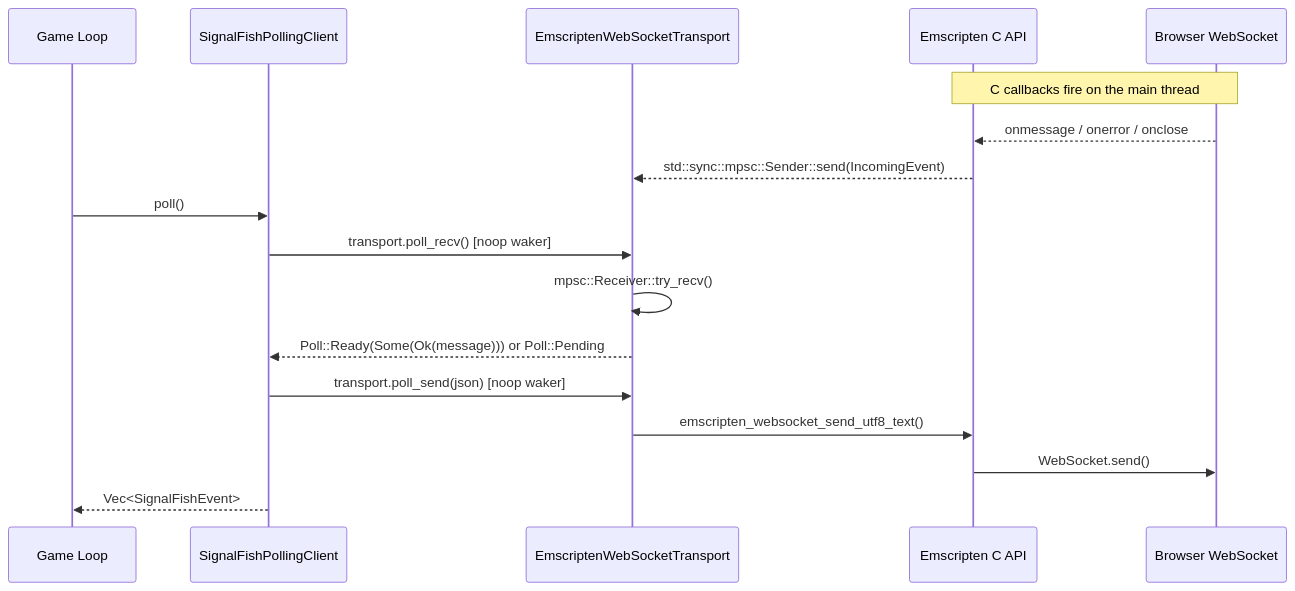
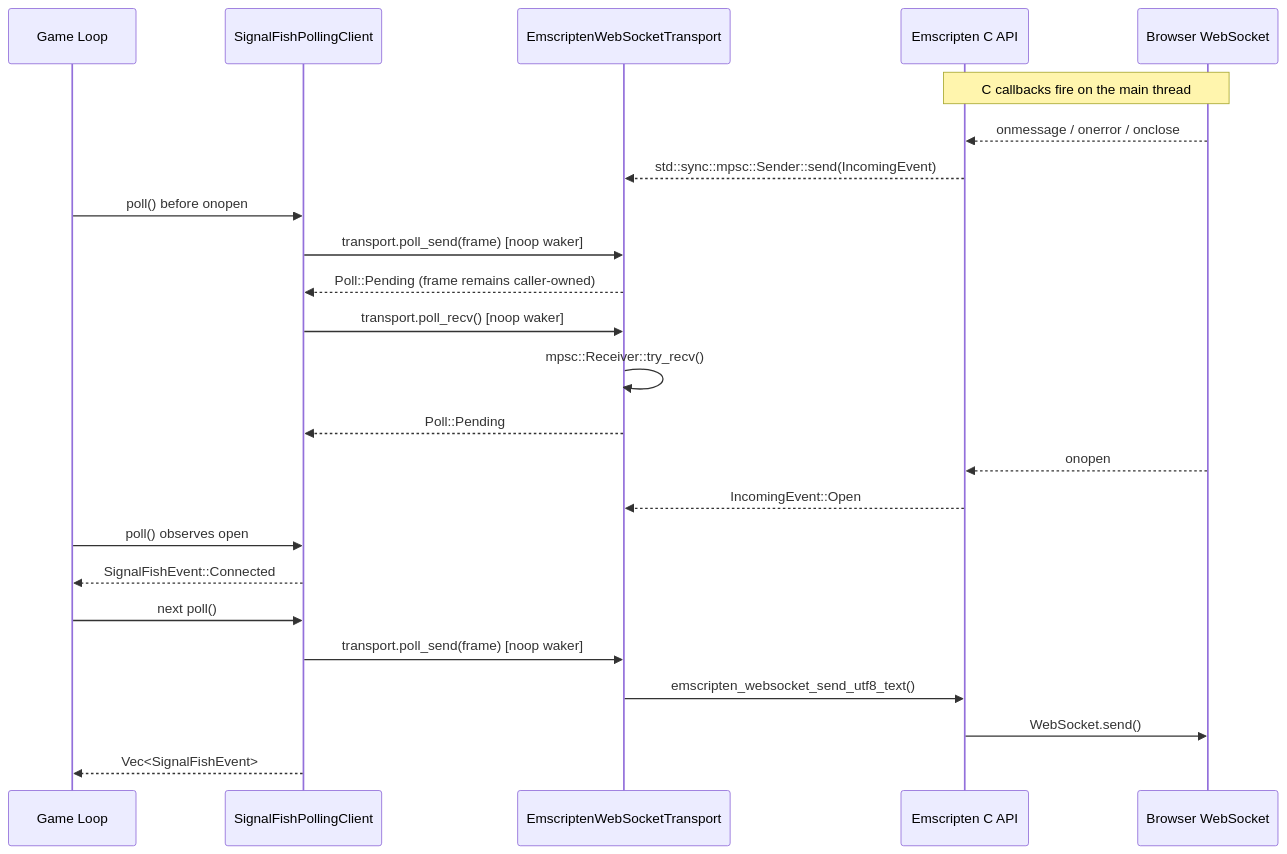
The second of 4 diagrams in docs/wasm.md (Ambiguous-Interactive/signal-fish-client-rust), drawn with Mermaid before and after one commit. The commit also changed other lines of this file and 30 other files, not shown here.

````diff
--- a/docs/wasm.md
+++ b/docs/wasm.md
@@ -175,21 +182,28 @@
 ```mermaid
 sequenceDiagram
     participant App as Game Loop
     participant PC as SignalFishPollingClient
     participant T as EmscriptenWebSocketTransport
     participant EM as Emscripten C API
     participant WS as Browser WebSocket
 
     Note over EM,WS: C callbacks fire on the main thread
     WS-->>EM: onmessage / onerror / onclose
     EM-->>T: std::sync::mpsc::Sender::send(IncomingEvent)
 
-    App->>PC: poll()
+    App->>PC: poll() before onopen
+    PC->>T: transport.poll_send(frame) [noop waker]
+    T-->>PC: Poll::Pending (frame remains caller-owned)
     PC->>T: transport.poll_recv() [noop waker]
     T->>T: mpsc::Receiver::try_recv()
-    T-->>PC: Poll::Ready(Some(Ok(message))) or Poll::Pending
-    PC->>T: transport.poll_send(json) [noop waker]
+    T-->>PC: Poll::Pending
+    WS-->>EM: onopen
+    EM-->>T: IncomingEvent::Open
+    App->>PC: poll() observes open
+    PC-->>App: SignalFishEvent::Connected
+    App->>PC: next poll()
+    PC->>T: transport.poll_send(frame) [noop waker]
     T->>EM: emscripten_websocket_send_utf8_text()
     EM->>WS: WebSocket.send()
     PC-->>App: Vec<SignalFishEvent>
 ```
````
